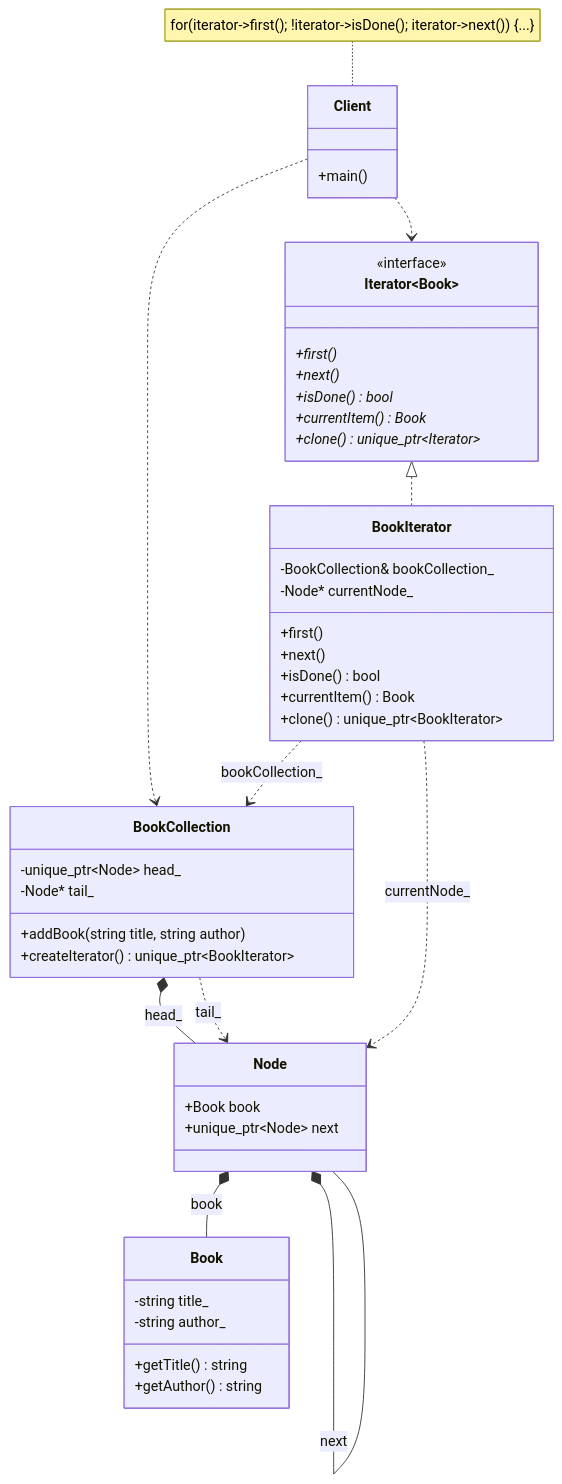
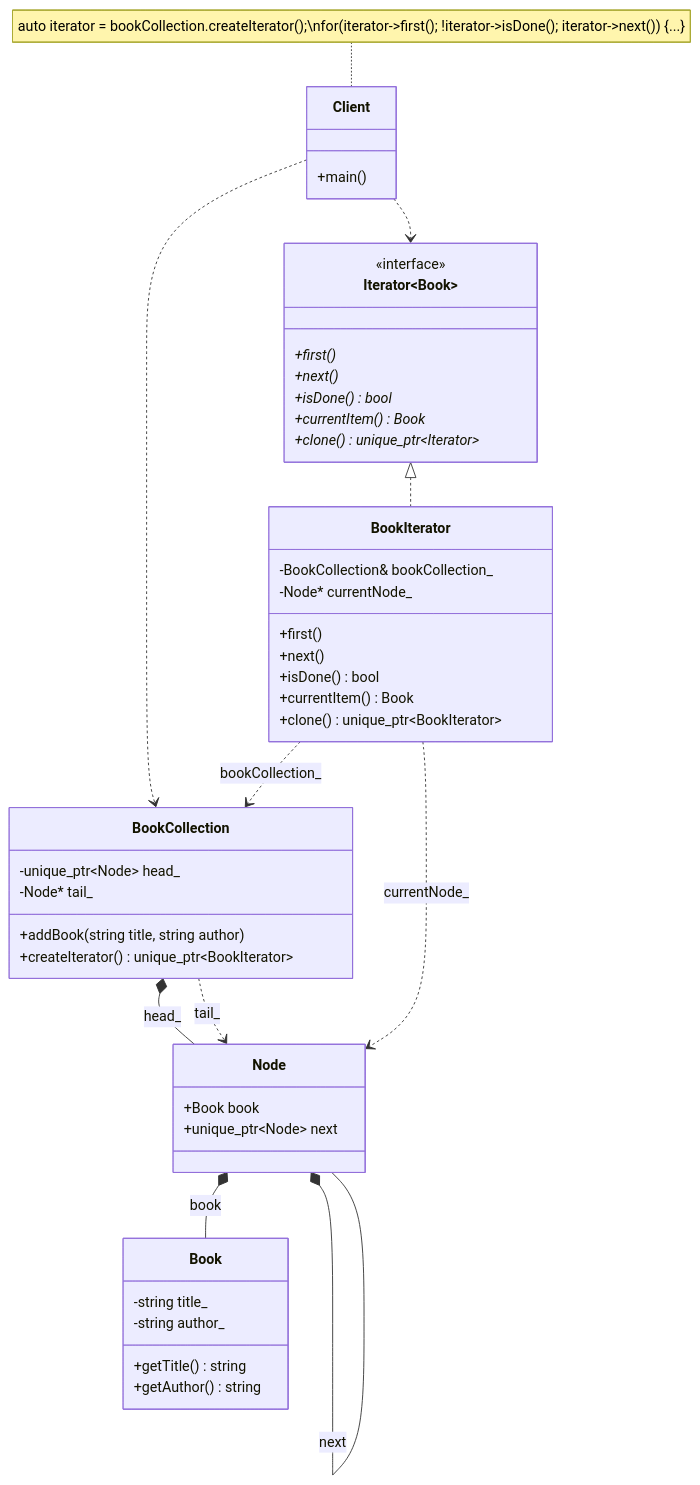
The diagram in 21_Iterator/Iterator_GoF/diagram.md (Cichlidfishexigency721/Modern-CPP-Design-Patterns), drawn with Mermaid before and after one commit.

Commit message:
Improvement in UML

````diff
--- a/21_Iterator/Iterator_GoF/diagram.md
+++ b/21_Iterator/Iterator_GoF/diagram.md
@@ -3,59 +3,59 @@
 ```mermaid
 classDiagram
     class Book {
         -string title_
         -string author_
         +getTitle() string
         +getAuthor() string
     }
 
     class Iterator~Book~ {
         <<interface>>
         +first()*
         +next()*
         +isDone()* bool
         +currentItem()* Book
         +clone()* unique_ptr~Iterator~
     }
 
     class Node {
         +Book book
         +unique_ptr~Node~ next
     }
 
     class BookCollection {
         -unique_ptr~Node~ head_
         -Node* tail_
         +addBook(string title, string author)
         +createIterator() unique_ptr~BookIterator~
     }
 
     class BookIterator {
         -BookCollection& bookCollection_
         -Node* currentNode_
         +first()
         +next()
         +isDone() bool
         +currentItem() Book
         +clone() unique_ptr~BookIterator~
     }
 
     class Client {
         +main()
     }
 
-    note for Client "for(iterator->first(); !iterator->isDone(); iterator->next()) {...}"
+    note for Client "auto iterator = bookCollection.createIterator();\nfor(iterator->first(); !iterator->isDone(); iterator->next()) {...}"
 
     Iterator~Book~ <|.. BookIterator
 
     BookCollection *-- Node : head_
     BookCollection ..> Node : tail_
     Node *-- Book : book
     Node *-- Node : next
 
     BookIterator ..> BookCollection : bookCollection_
     BookIterator ..> Node : currentNode_
     
     Client ..> BookCollection
     Client ..> Iterator
 ```
````
